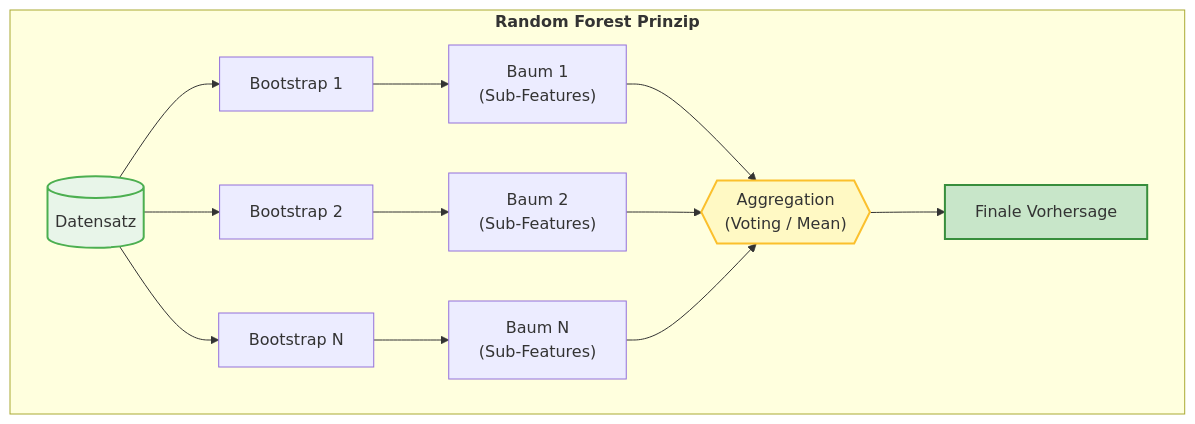
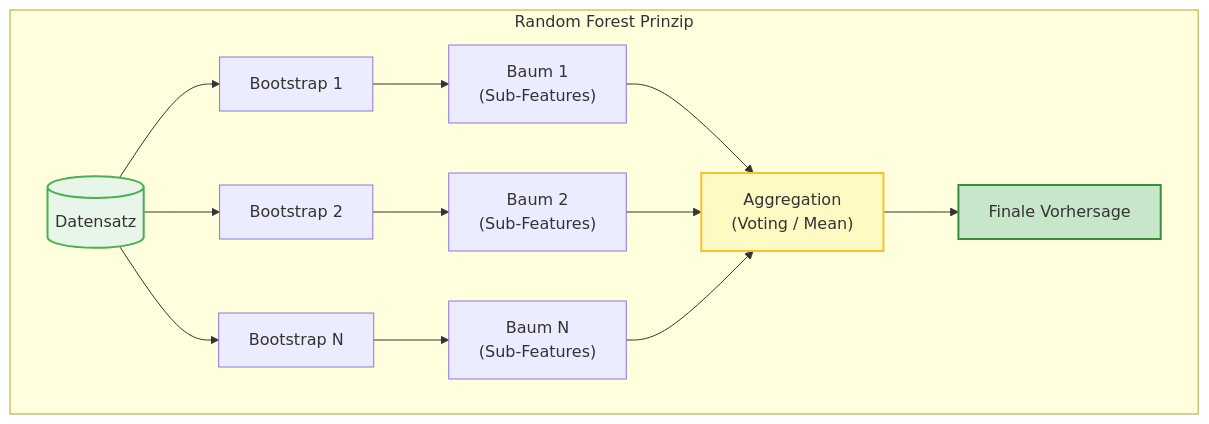
One commit to ralf-42/ML_Intro changed the third of 5 diagrams in docs/concepts/modeling/ensemble.md. Above: the diagram before and after it, drawn with Mermaid. The commit also changed other lines of this file, not shown here.

````diff
--- a/docs/concepts/modeling/ensemble.md
+++ b/docs/concepts/modeling/ensemble.md
@@ -121,20 +121,20 @@
 ```mermaid
 flowchart TD
-    subgraph RF["<b>Random Forest Prinzip</b>"]
+    subgraph RF["Random Forest Prinzip"]
         D[("Datensatz")] --> B1["Bootstrap 1"]
         D --> B2["Bootstrap 2"]
         D --> BN["Bootstrap N"]
 
         B1 --> T1["Baum 1<br/>(Sub-Features)"]
         B2 --> T2["Baum 2<br/>(Sub-Features)"]
         BN --> TN["Baum N<br/>(Sub-Features)"]
 
-        T1 & T2 & TN --> AGG{{"Aggregation<br/>(Voting / Mean)"}}
+        T1 & T2 & TN --> AGG["Aggregation<br/>(Voting / Mean)"]
         
         AGG --> FINAL["Finale Vorhersage"]
     end
 
     style D fill:#e8f5e9,stroke:#4caf50,stroke-width:2px
     style AGG fill:#fff9c4,stroke:#fbc02d,stroke-width:2px
     style FINAL fill:#c8e6c9,stroke:#388e3c,stroke-width:2px
 ```
````
